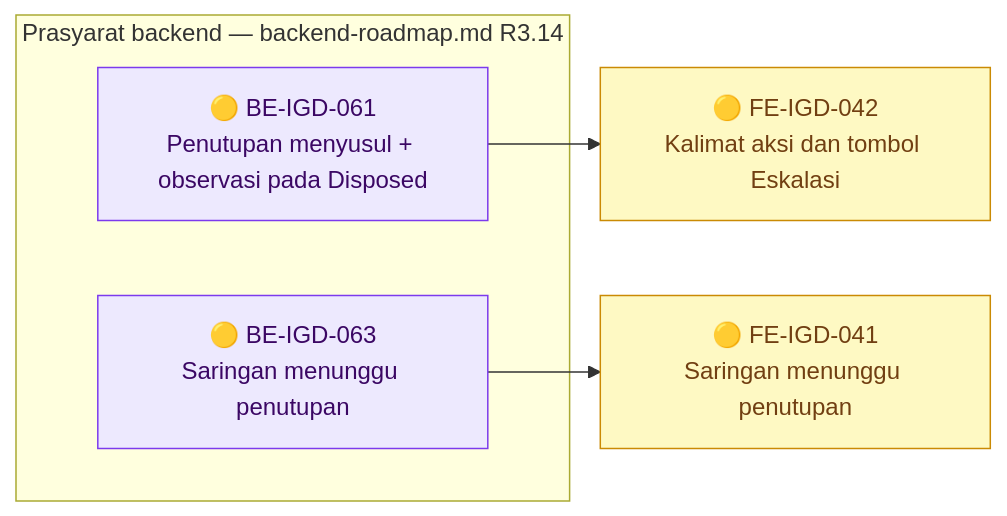
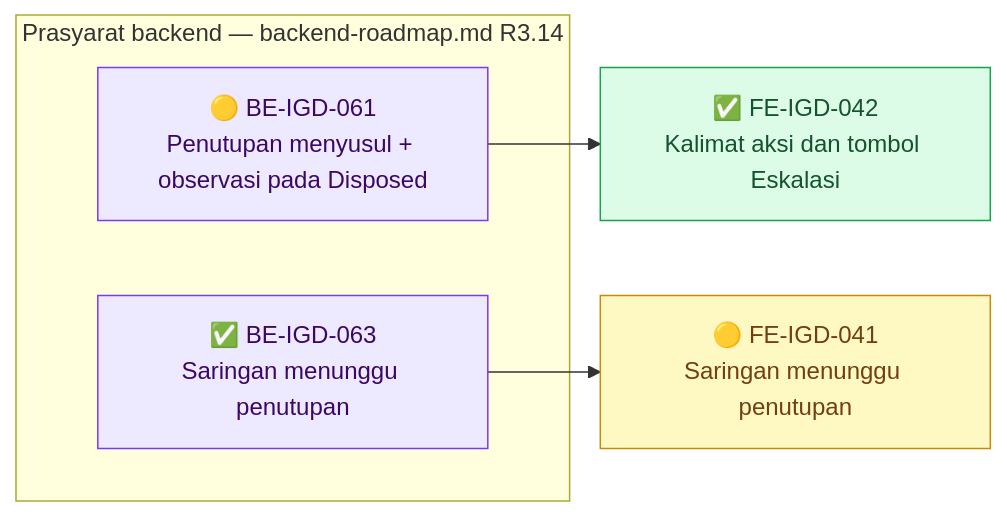
One commit to DevBenari/NewQuilvianSystemBackend changed diagram 12 of 12 in docs/module-blueprints/igd/roadmap/frontend-roadmap.md. Above: the diagram before and after it, drawn with Mermaid. The commit also changed other lines of this file and 16 other files, not shown here.

Commit message:
laporan uji task 058 dan 057 igd berhasil

````diff
--- a/docs/module-blueprints/igd/roadmap/frontend-roadmap.md
+++ b/docs/module-blueprints/igd/roadmap/frontend-roadmap.md
@@ -1609,19 +1609,19 @@
 ```mermaid
 flowchart LR
     classDef selesai fill:#DCFCE7,stroke:#16A34A,color:#14532D
     classDef sebagian fill:#FEF9C3,stroke:#CA8A04,color:#713F12
     classDef terblokir fill:#FEE2E2,stroke:#DC2626,color:#7F1D1D
     classDef belum fill:#F1F5F9,stroke:#64748B,color:#0F172A
     classDef luar fill:#EDE9FE,stroke:#7C3AED,color:#3B0764
 
     subgraph backend14["Prasyarat backend — backend-roadmap.md R3.14"]
         BEIGD061X["🟡 BE-IGD-061<br/>Penutupan menyusul + observasi pada Disposed"]:::luar
-        BEIGD063X["🟡 BE-IGD-063<br/>Saringan menunggu penutupan"]:::luar
+        BEIGD063X["✅ BE-IGD-063<br/>Saringan menunggu penutupan"]:::luar
     end
 
     FEIGD041["🟡 FE-IGD-041<br/>Saringan menunggu penutupan"]:::sebagian
-    FEIGD042["🟡 FE-IGD-042<br/>Kalimat aksi dan tombol Eskalasi"]:::sebagian
+    FEIGD042["✅ FE-IGD-042<br/>Kalimat aksi dan tombol Eskalasi"]:::selesai
 
     BEIGD063X --> FEIGD041
     BEIGD061X --> FEIGD042
 ```
````
